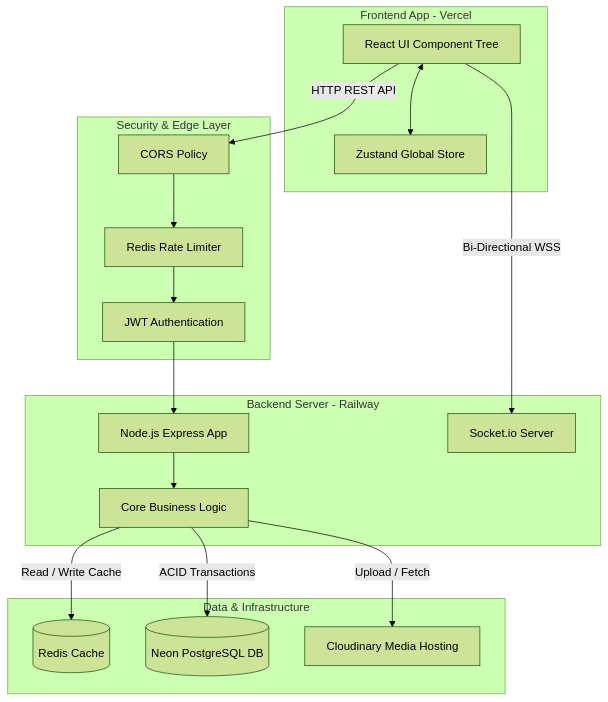
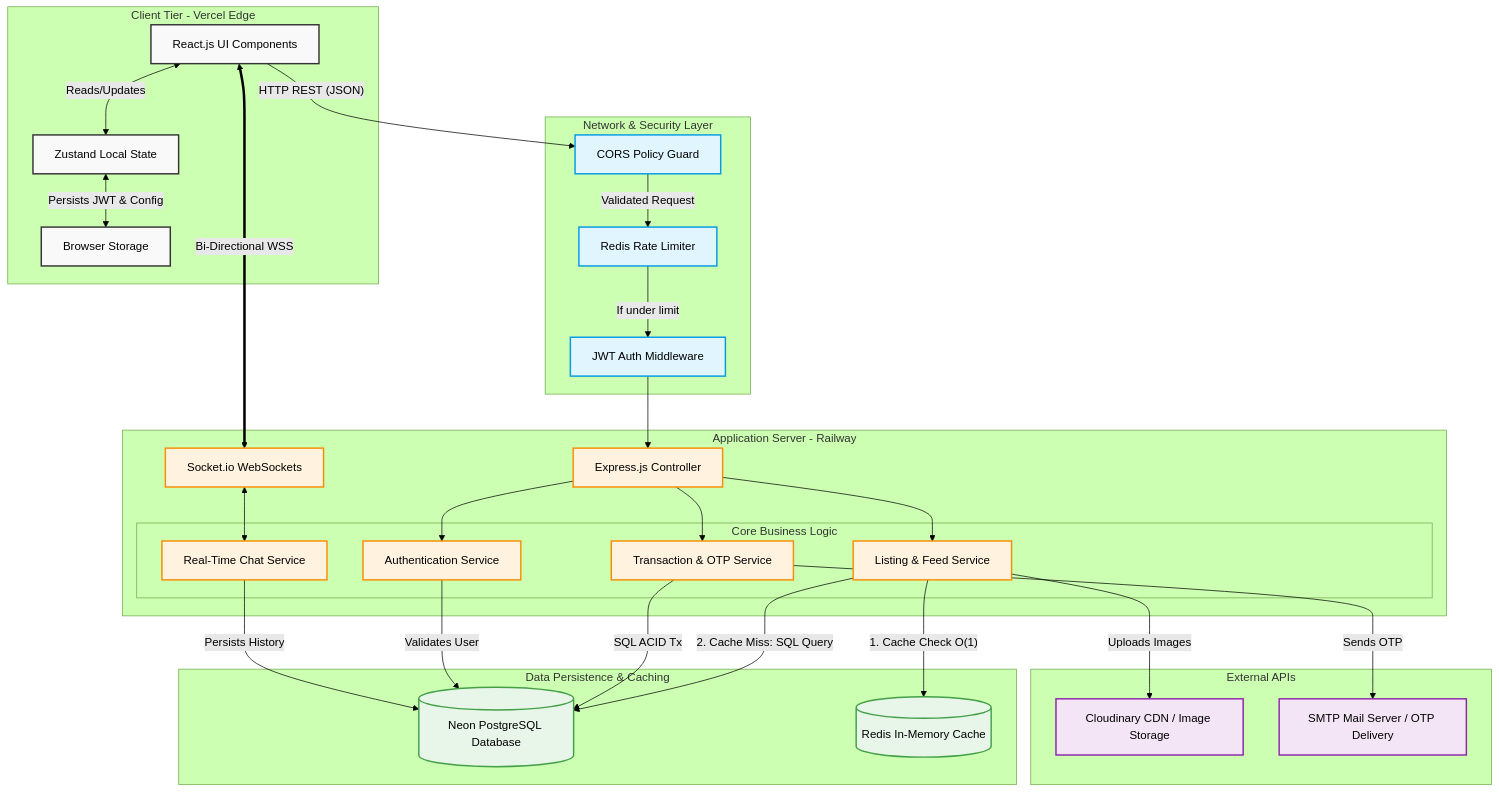
The diagram in README.md (ritam03/campus-marketplace), drawn with Mermaid (forest theme) before and after one commit. The commit also changed other lines of this file, not shown here.

Commit message:
docs: Add advanced tier-based architecture diagram and refine campus validation claims

````diff
--- a/README.md
+++ b/README.md
@@ -45,38 +45,81 @@
 ```mermaid
 graph TD
-    subgraph Client [Frontend App - Vercel]
-        React[React UI Component Tree]
-        State[Zustand Global Store]
-        React <--> State
+    %% Styling
+    classDef client fill:#f9f9f9,stroke:#333,stroke-width:2px;
+    classDef network fill:#e1f5fe,stroke:#039be5,stroke-width:2px;
+    classDef api fill:#fff3e0,stroke:#fb8c00,stroke-width:2px;
+    classDef db fill:#e8f5e9,stroke:#43a047,stroke-width:2px;
+    classDef external fill:#f3e5f5,stroke:#8e24aa,stroke-width:2px;
+
+    %% Client Tier
+    subgraph Client_Tier [Client Tier - Vercel Edge]
+        ReactUI[React.js UI Components]:::client
+        Zustand[Zustand Local State]:::client
+        LocalStorage[Browser Storage]:::client
+        ReactUI <-->|Reads/Updates| Zustand
+        Zustand <-->|Persists JWT & Config| LocalStorage
     end
 
-    subgraph Security [Security & Edge Layer]
-        CORS[CORS Policy]
-        RateLimiter[Redis Rate Limiter]
-        Auth[JWT Authentication]
-        CORS --> RateLimiter
-        RateLimiter --> Auth
+    %% Edge / Network Security Tier
+    subgraph Edge_Security [Network & Security Layer]
+        CORS[CORS Policy Guard]:::network
+        RateLimit[Redis Rate Limiter]:::network
+        AuthGuard[JWT Auth Middleware]:::network
+        
+        CORS -->|Validated Request| RateLimit
+        RateLimit -->|If under limit| AuthGuard
     end
 
-    subgraph API [Backend Server - Railway]
-        Express[Node.js Express App]
-        WebSockets[Socket.io Server]
-        Services[Core Business Logic]
-        Express --> Services
+    %% Application Server Tier
+    subgraph App_Tier [Application Server - Railway]
+        Express[Express.js Controller]:::api
+        Sockets[Socket.io WebSockets]:::api
+        
+        %% Core Services
+        subgraph Services [Core Business Logic]
+            AuthService[Authentication Service]:::api
+            ListingService[Listing & Feed Service]:::api
+            ChatService[Real-Time Chat Service]:::api
+            TransService[Transaction & OTP Service]:::api
+        end
+        
+        Express --> AuthService
+        Express --> ListingService
+        Express --> TransService
+        Sockets <--> ChatService
     end
 
-    subgraph Infrastructure [Data & Infrastructure]
-        Redis[(Redis Cache)]
-        Postgres[(Neon PostgreSQL DB)]
-        CDN[Cloudinary Media Hosting]
+    %% Data & Infrastructure Tier
+    subgraph Storage_Tier [Data Persistence & Caching]
+        NeonDB[(Neon PostgreSQL Database)]:::db
+        Redis[(Redis In-Memory Cache)]:::db
     end
 
-    %% Data Flow
-    React -- HTTP REST API --> CORS
-    React -- Bi-Directional WSS --> WebSockets
-    Auth --> Express
+    %% External Integrations
+    subgraph Third_Party [External APIs]
+        Cloudinary[Cloudinary CDN / Image Storage]:::external
+        Nodemailer[SMTP Mail Server / OTP Delivery]:::external
+    end
+
+    %% Connecting the Tiers
+    ReactUI -- "HTTP REST (JSON)" --> CORS
+    ReactUI <== "Bi-Directional WSS" ==> Sockets
+
+    %% Internal Data Flow
+    AuthGuard --> Express
+
+    %% Listing & Feed Flow
+    ListingService -- "1. Cache Check O(1)" --> Redis
+    ListingService -- "2. Cache Miss: SQL Query" --> NeonDB
+    ListingService -- "Uploads Images" --> Cloudinary
     
-    Services -- Read / Write Cache --> Redis
-    Services -- ACID Transactions --> Postgres
-    Services -- Upload / Fetch --> CDN
+    %% Transaction Flow
+    TransService -- "SQL ACID Tx" --> NeonDB
+    TransService -- "Sends OTP" --> Nodemailer
+    
+    %% Auth Flow
+    AuthService -- "Validates User" --> NeonDB
+    
+    %% Chat Flow
+    ChatService -- "Persists History" --> NeonDB
 ```
````
